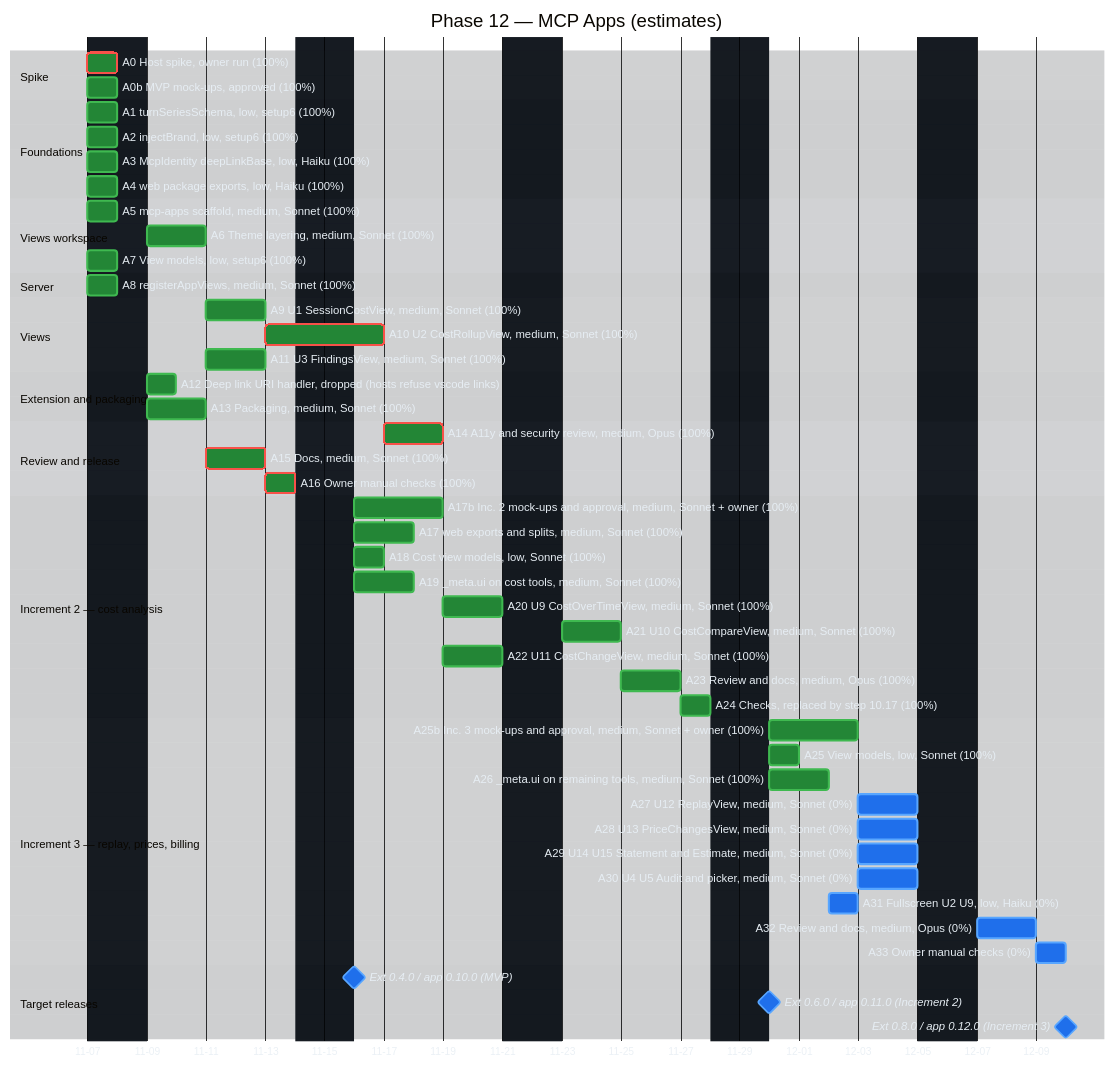
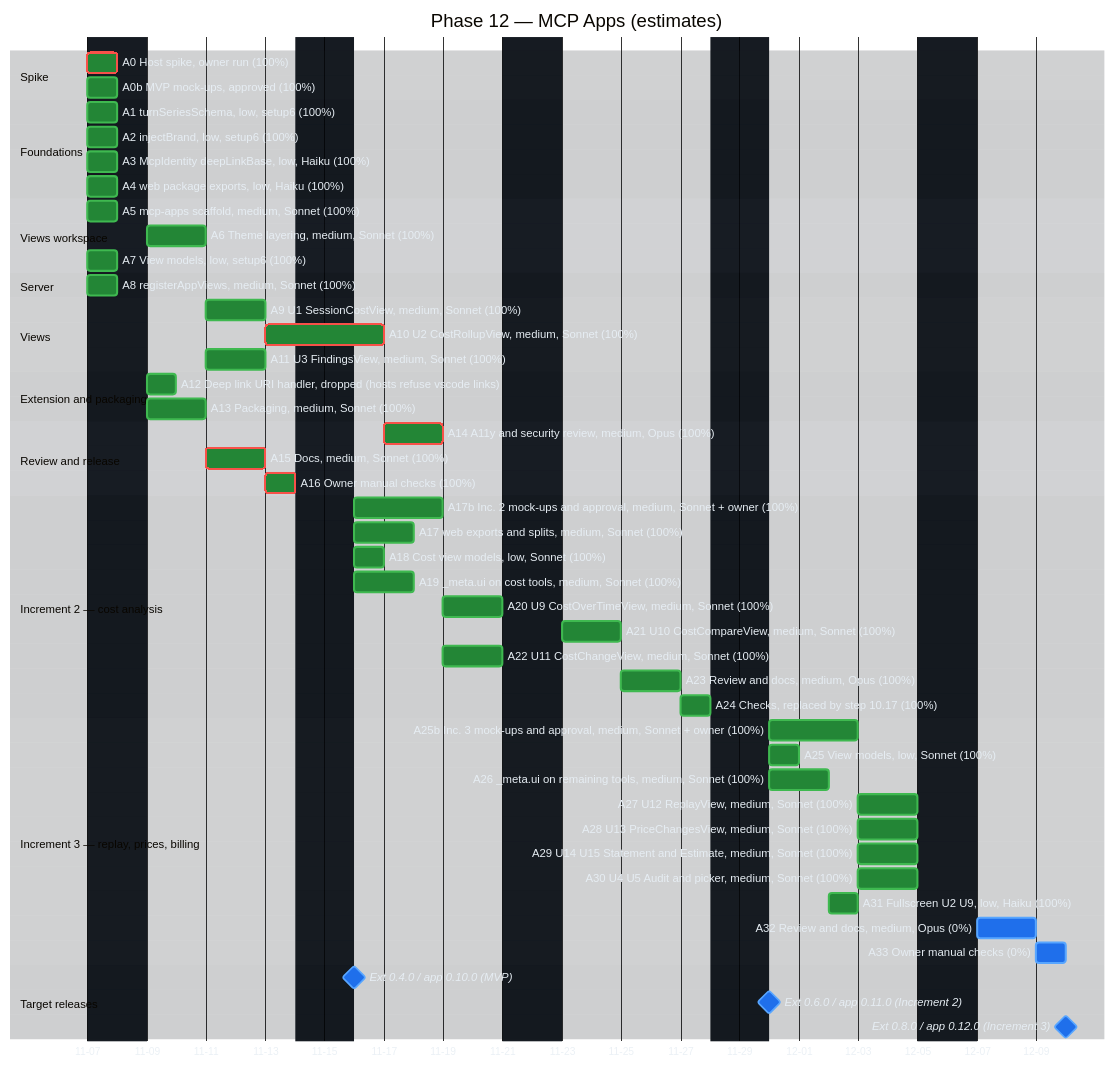
One commit to raulkivi/agent-cost-analyzer changed the second of 2 diagrams in docs/implementation-plan-gantt.md. Above: the diagram before and after it, drawn with Mermaid. The commit also changed other lines of this file, not shown here.

Commit message:
docs: Gantt counts A27–A31; Phase 12 at 34 of 36

```diff
--- a/docs/implementation-plan-gantt.md
+++ b/docs/implementation-plan-gantt.md
@@ -207,11 +207,11 @@
     A25b Inc. 3 mock-ups and approval, medium, Sonnet + owner (100%) :done, a25b, after a24, 3d
     A25 View models, low, Sonnet (100%)          :done, a25, after a24, 1d
     A26 _meta.ui on remaining tools, medium, Sonnet (100%) :done, a26, after a24, 2d
-    A27 U12 ReplayView, medium, Sonnet (0%)      :a27, after a25 a25b a26, 2d
-    A28 U13 PriceChangesView, medium, Sonnet (0%) :a28, after a25 a25b a26, 2d
-    A29 U14 U15 Statement and Estimate, medium, Sonnet (0%) :a29, after a25 a25b a26, 2d
-    A30 U4 U5 Audit and picker, medium, Sonnet (0%) :a30, after a25b a26, 2d
-    A31 Fullscreen U2 U9, low, Haiku (0%)        :a31, after a26, 1d
+    A27 U12 ReplayView, medium, Sonnet (100%) :done, a27, after a25 a25b a26, 2d
+    A28 U13 PriceChangesView, medium, Sonnet (100%) :done, a28, after a25 a25b a26, 2d
+    A29 U14 U15 Statement and Estimate, medium, Sonnet (100%) :done, a29, after a25 a25b a26, 2d
+    A30 U4 U5 Audit and picker, medium, Sonnet (100%) :done, a30, after a25b a26, 2d
+    A31 Fullscreen U2 U9, low, Haiku (100%) :done, a31, after a26, 1d
     A32 Review and docs, medium, Opus (0%)       :a32, after a27 a28 a29 a30 a31, 2d
     A33 Owner manual checks (0%)                 :a33, after a32, 1d
 
```
